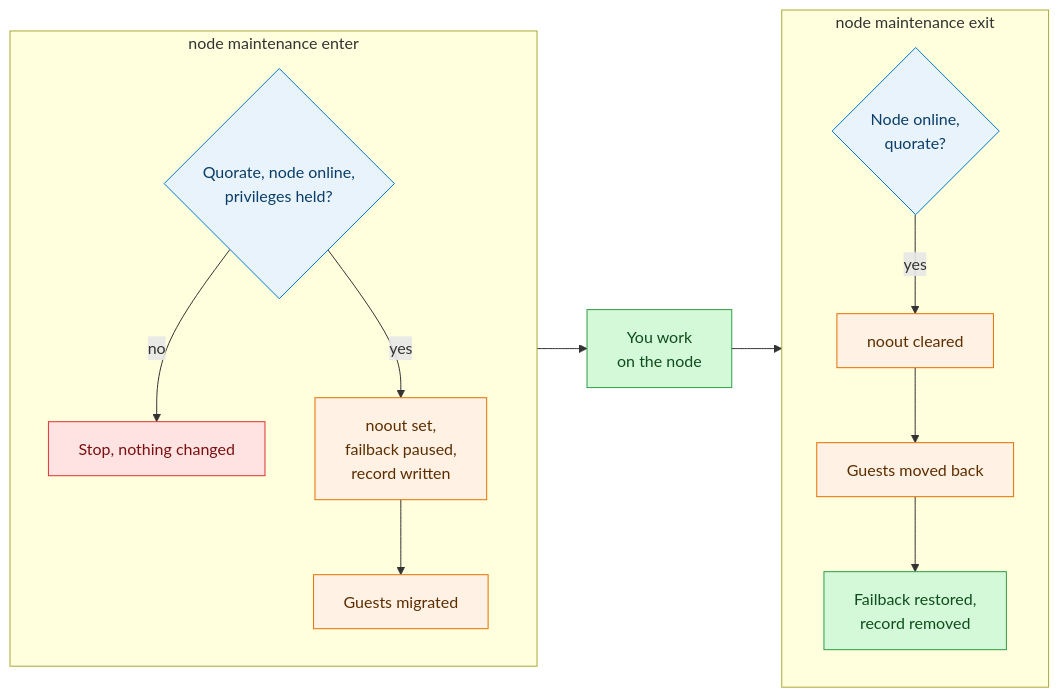
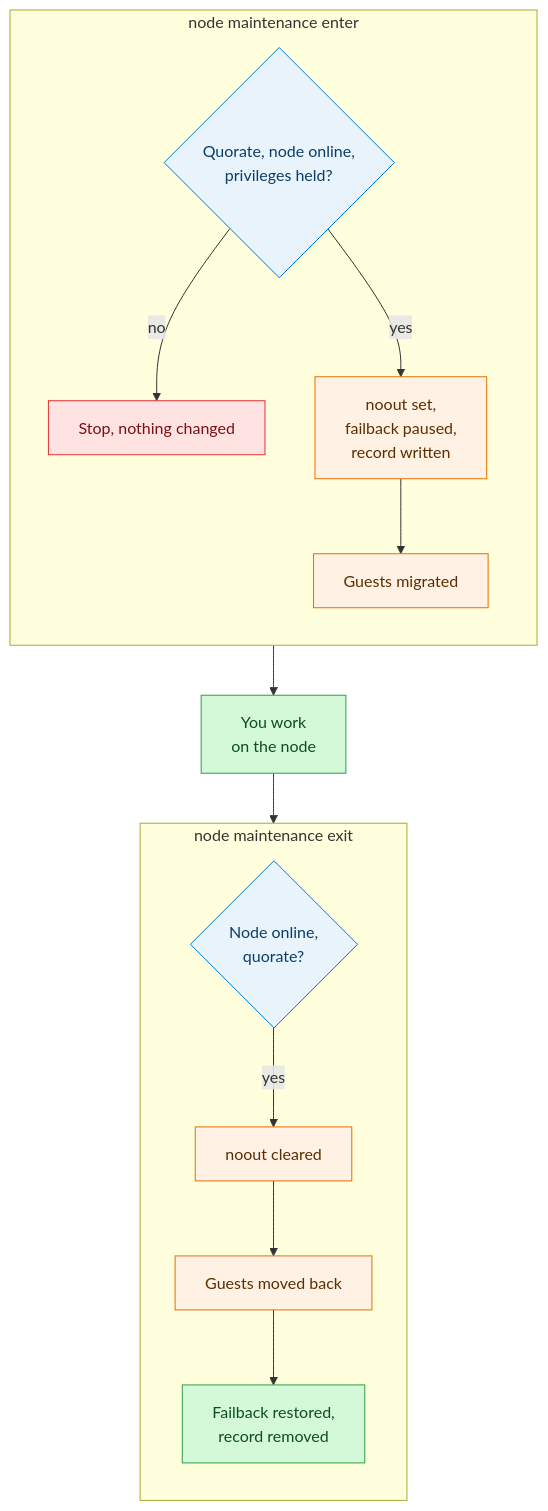
One commit to Helphyy/pvecli changed the diagram in docs/infrastructure/node-maintenance.md. Above: the diagram before and after it, drawn with Mermaid. The commit also changed 19 other files, not shown here.

First line of the commit message:
Draw the diagrams at build time so they no longer pop in

````diff
--- a/docs/infrastructure/node-maintenance.md
+++ b/docs/infrastructure/node-maintenance.md
@@ -11,22 +11,22 @@
 ```mermaid
-flowchart LR
+flowchart TB
   subgraph enter ["node maintenance enter"]
     direction TB
     A{Quorate, node online,<br/>privileges held?}:::check -- no --> X[Stop, nothing changed]:::stop
     A -- yes --> B[noout set,<br/>failback paused,<br/>record written]:::step
     B --> C[Guests migrated]:::step
   end
   enter --> W[You work<br/>on the node]:::done --> exit
   subgraph exit ["node maintenance exit"]
     direction TB
     G{Node online,<br/>quorate?}:::check -- yes --> H[noout cleared]:::step
     H --> I[Guests moved back]:::step
     I --> J[Failback restored,<br/>record removed]:::done
   end
 
   classDef check fill:#e8f3fc,stroke:#0078cf,color:#0b3d66
   classDef stop fill:#ffe3e3,stroke:#e03131,color:#7a1010
   classDef run fill:#e57000,stroke:#b35800,color:#ffffff
   classDef step fill:#fff1e3,stroke:#e57000,color:#5c2d00
   classDef done fill:#d3f9d8,stroke:#2f9e44,color:#0f4d1c
 ```
````
